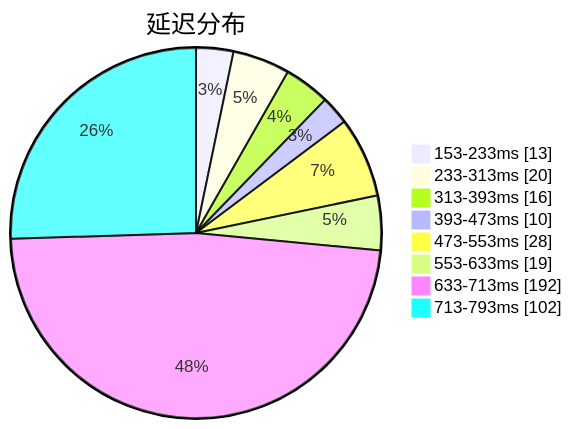
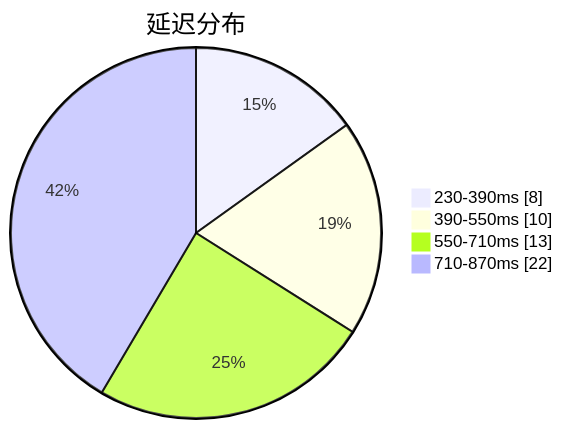
One commit to qjlxg/airport changed the first of 3 diagrams in subs/statistics/tested_within.md. Above: the diagram before and after it, drawn with Mermaid. The commit also changed other lines of this file and 2 other files, not shown here.

````diff
--- a/subs/statistics/tested_within.md
+++ b/subs/statistics/tested_within.md
@@ -2,12 +2,8 @@
 ```mermaid
 pie showData
 title 延迟分布
-"153-233ms" : 13
-"233-313ms" : 20
-"313-393ms" : 16
-"393-473ms" : 10
-"473-553ms" : 28
-"553-633ms" : 19
-"633-713ms" : 192
-"713-793ms" : 102
+"230-390ms" : 8
+"390-550ms" : 10
+"550-710ms" : 13
+"710-870ms" : 22
 ```
````
